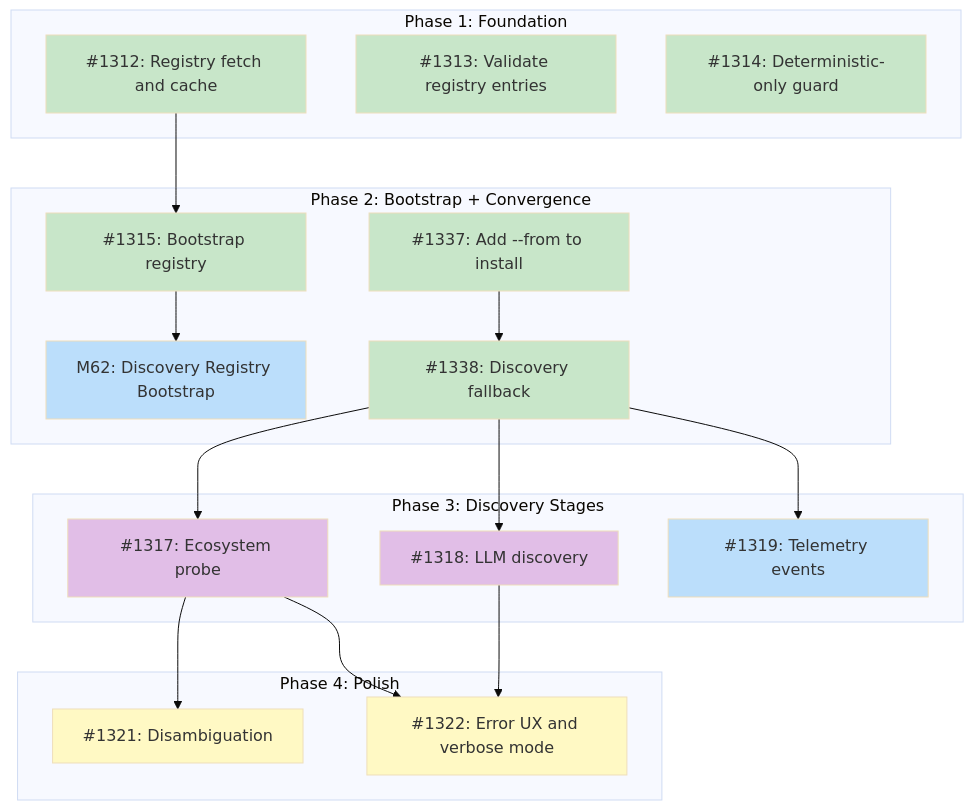
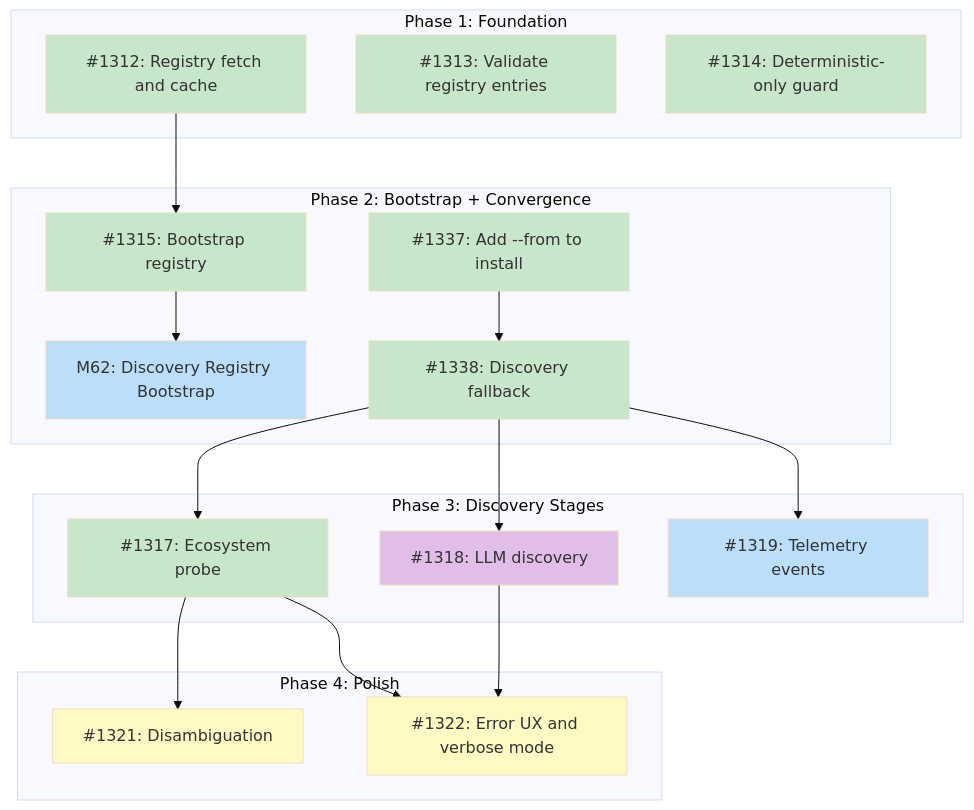
Before and after one commit to tsukumogami/tsuku: the diagram in docs/designs/DESIGN-discovery-resolver.md, drawn with Mermaid (base theme). The commit also changed 3 other files, not shown here.

Commit message:
chore: clean wip artifacts and mark #1317 done in parent diagram

````diff
--- a/docs/designs/DESIGN-discovery-resolver.md
+++ b/docs/designs/DESIGN-discovery-resolver.md
@@ -62,49 +62,50 @@
 ```mermaid
 graph TD
     subgraph Phase1["Phase 1: Foundation"]
         I1312["#1312: Registry fetch and cache"]
         I1313["#1313: Validate registry entries"]
         I1314["#1314: Deterministic-only guard"]
     end
 
     subgraph Phase2["Phase 2: Bootstrap + Convergence"]
         M62["M62: Discovery Registry Bootstrap"]
         I1315["#1315: Bootstrap registry"]
         I1337["#1337: Add --from to install"]
         I1338["#1338: Discovery fallback"]
     end
 
     subgraph Phase3["Phase 3: Discovery Stages"]
         I1317["#1317: Ecosystem probe"]
         I1318["#1318: LLM discovery"]
         I1319["#1319: Telemetry events"]
     end
 
     subgraph Phase4["Phase 4: Polish"]
         I1321["#1321: Disambiguation"]
         I1322["#1322: Error UX and verbose mode"]
     end
 
     I1312 --> I1315
     I1315 --> M62
     I1337 --> I1338
     I1338 --> I1317
     I1338 --> I1318
     I1338 --> I1319
     I1317 --> I1321
     I1317 --> I1322
     I1318 --> I1322
 
     classDef done fill:#c8e6c9
     classDef ready fill:#bbdefb
     classDef blocked fill:#fff9c4
     classDef needsDesign fill:#e1bee7
 
     class I1312,I1313,I1314 done
     class I1337,I1338 done
     class I1319 ready
-    class I1317,I1318 needsDesign
+    class I1317 done
+    class I1318 needsDesign
     class M62 ready
     class I1315 done
     class I1321,I1322 blocked
 ```
````
